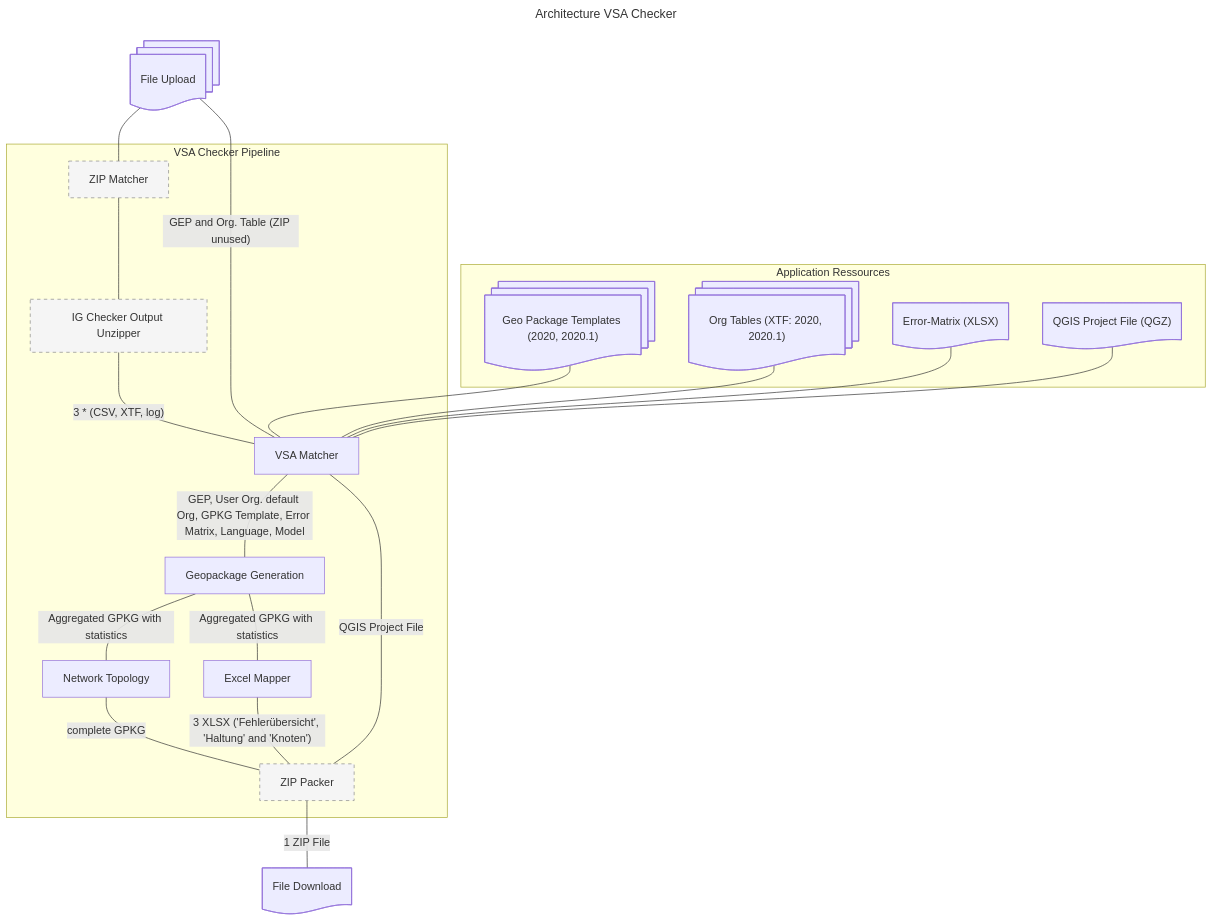
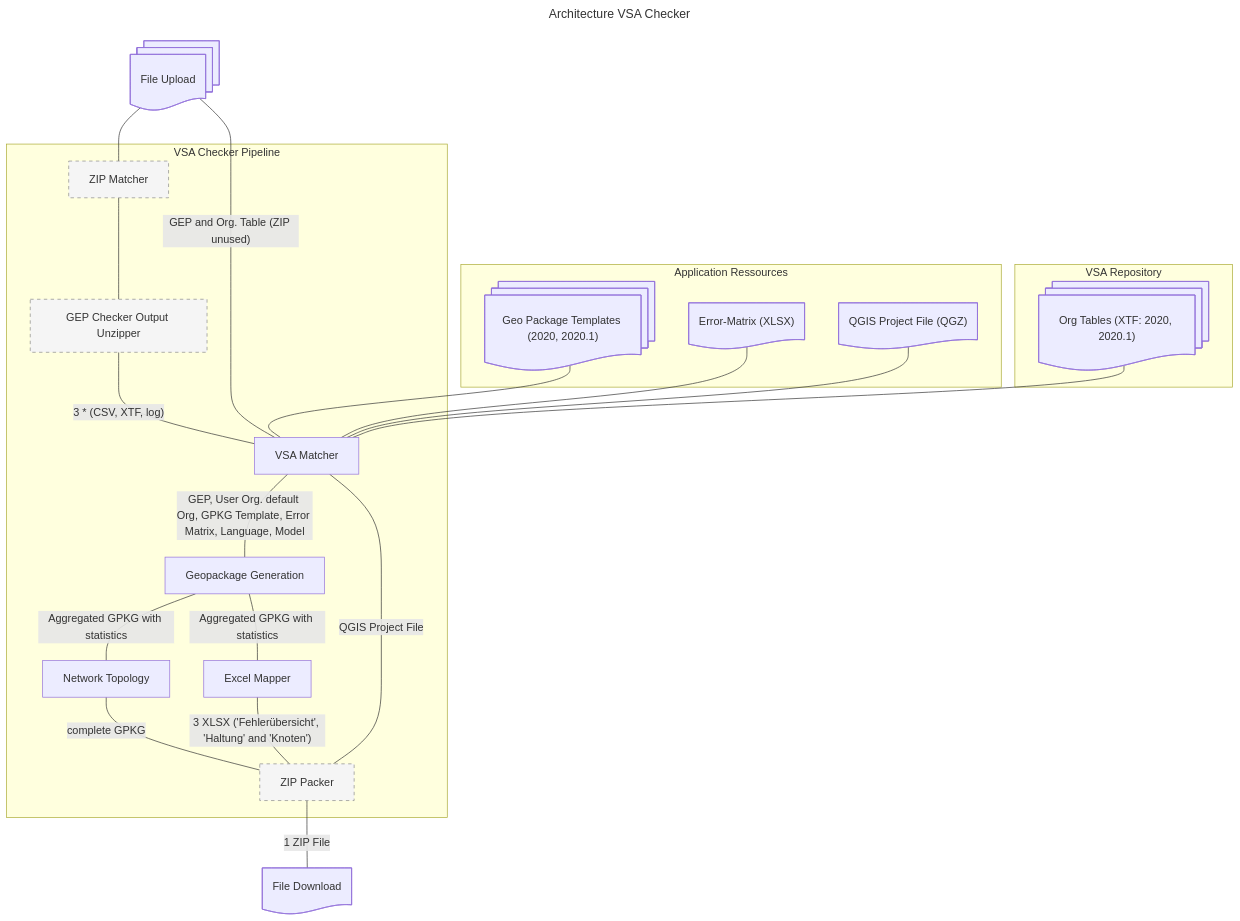
Before and after one commit to geowerkstatt/vsa-checker-analytics: the diagram in docs/architektur.md, drawn with Mermaid. The commit also changed other lines of this file, not shown here.

Commit message:
feat move org tables frin aookucation resources VSA Repository

````diff
--- a/docs/architektur.md
+++ b/docs/architektur.md
@@ -13,42 +13,44 @@
 ```mermaid
 ---
 title: Architecture VSA Checker
 ---
 flowchart
+	subgraph vsaRepository["VSA Repository"]
+		orgTables@{ shape: "docs", label: "Org Tables (XTF: 2020, 2020.1)" }
+	end
 	subgraph appResources["Application Ressources"]
 		geoPackageTemplates@{ shape: "docs", label: "Geo Package Templates (2020, 2020.1)" }
-		orgTables@{ shape: "docs", label: "Org Tables (XTF: 2020, 2020.1)" }
 		errorMatrix@{ shape: "doc", label: "Error-Matrix (XLSX)" }
 		qgisProject@{ shape: "doc", label: "QGIS Project File (QGZ)" }
 	end
 	subgraph vsaCheckerPipeline["VSA Checker Pipeline"]
 		zipMatcher["ZIP Matcher"]
-		igCheckerOutputUnzipper["IG Checker Output Unzipper"]
+		gepCheckerOutputUnzipper["GEP Checker Output Unzipper"]
 		vsaMatcher["VSA Matcher"]
 		aggregationProcess["Geopackage Generation"]
 		
 		networkTopology["Network Topology"]
 		excelMapper["Excel Mapper"]
 		zipPacker["ZIP Packer"]
 	end
 	fileUpload@{ shape: "docs", label: "File Upload" }
 	fileDownload@{ shape: "doc", label: "File Download" }
 	fileUpload --- zipMatcher
-	zipMatcher --- igCheckerOutputUnzipper
+	zipMatcher --- gepCheckerOutputUnzipper
 	fileUpload ---|"GEP and Org. Table (ZIP unused)"| vsaMatcher
 	geoPackageTemplates --- vsaMatcher
 	orgTables --- vsaMatcher
-	igCheckerOutputUnzipper ---|"3 * (CSV, XTF, log)"| vsaMatcher
+	gepCheckerOutputUnzipper ---|"3 * (CSV, XTF, log)"| vsaMatcher
 	qgisProject --- vsaMatcher
 	errorMatrix --- vsaMatcher
 	vsaMatcher ---|"GEP, User Org. default Org, GPKG Template, Error Matrix, Language, Model"| aggregationProcess
 	aggregationProcess ---|"Aggregated GPKG with statistics"| networkTopology
 	aggregationProcess ---|"Aggregated GPKG with statistics"| excelMapper
 	vsaMatcher ---|"QGIS Project File"| zipPacker
 	networkTopology ---|"complete GPKG"| zipPacker
 	excelMapper ---|"3 XLSX ('Fehlerübersicht', 'Haltung' and 'Knoten')"| zipPacker
 	zipPacker --- |"1 ZIP File"| fileDownload
 
 	classDef geopilotBuiltIn fill:#f5f5f5,stroke:#888,stroke-dasharray:5 5
-	class zipMatcher,igCheckerOutputUnzipper,zipPacker geopilotBuiltIn
+	class zipMatcher,gepCheckerOutputUnzipper,zipPacker geopilotBuiltIn
 ```
````
